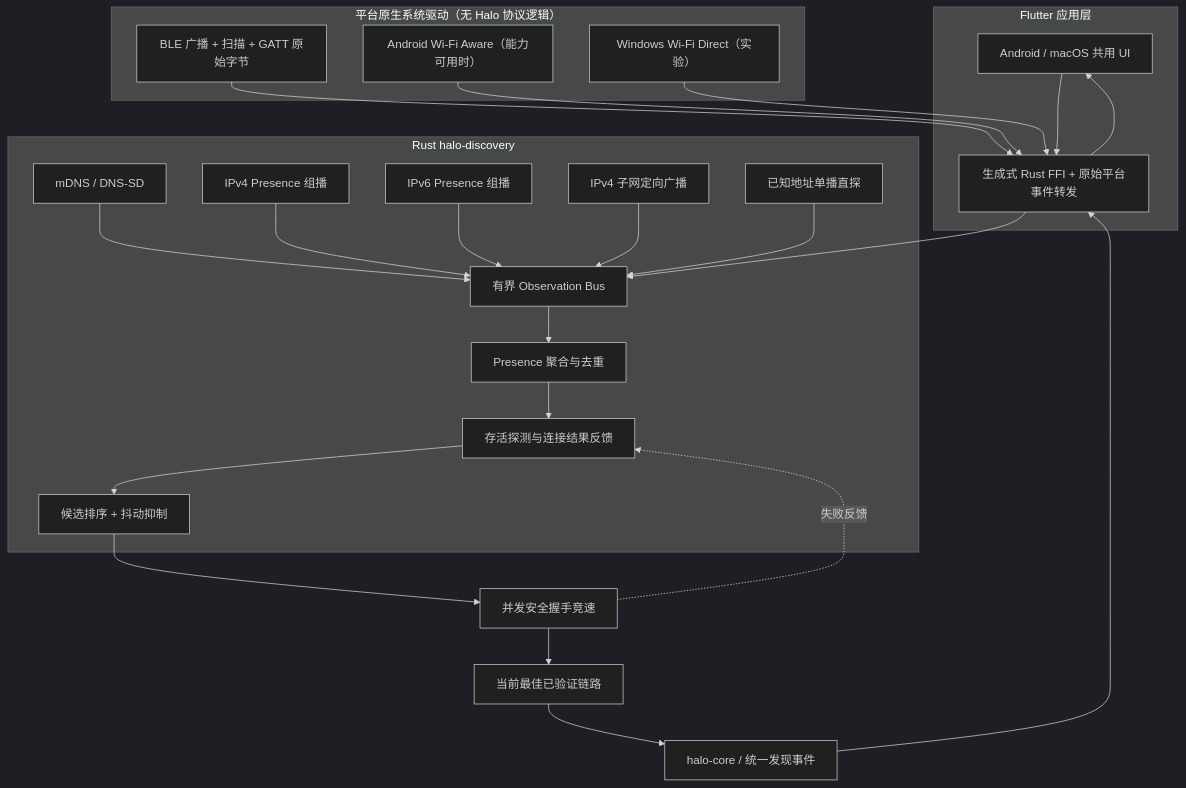
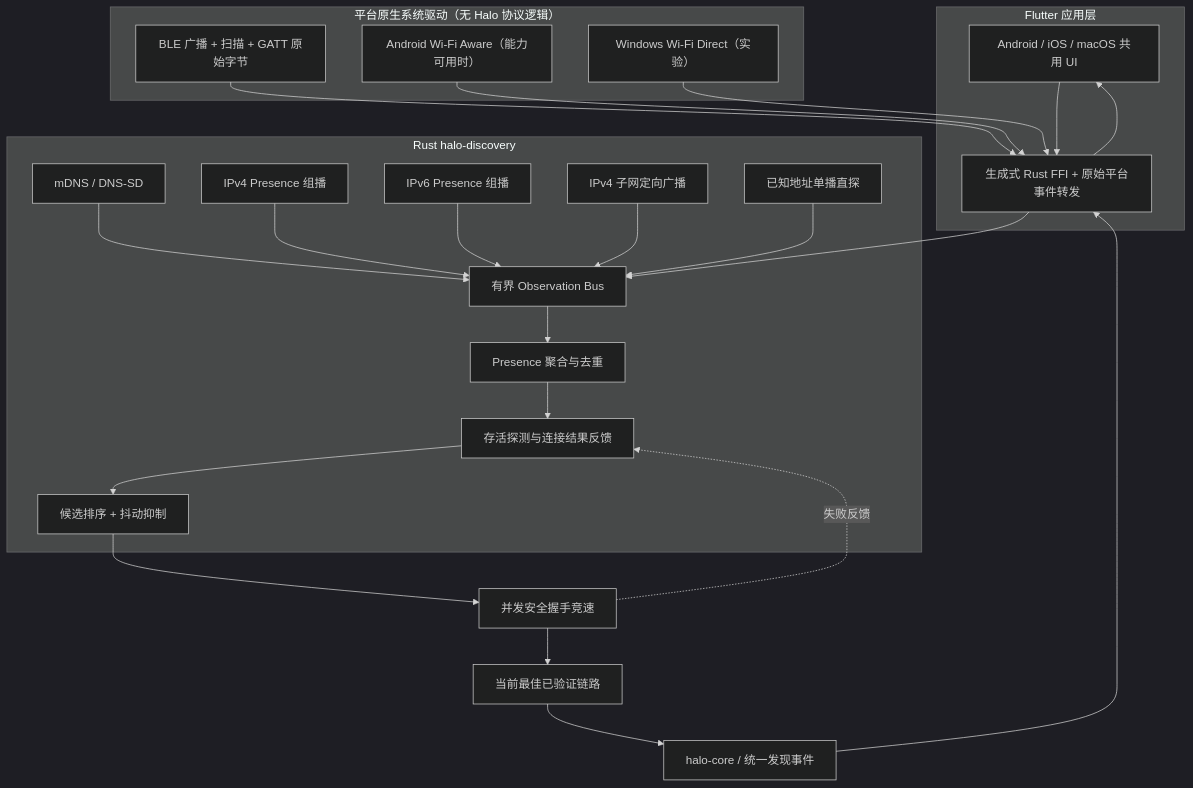
One commit to huarangmeng/Halo changed the first of 2 diagrams in docs/architecture/discovery.zh-CN.md. Above: the diagram before and after it, drawn with Mermaid (dark theme). The commit also changed other lines of this file and 67 other files, not shown here.

````diff
--- a/docs/architecture/discovery.zh-CN.md
+++ b/docs/architecture/discovery.zh-CN.md
@@ -34,40 +34,40 @@
 ```mermaid
 flowchart TB
     subgraph Flutter["Flutter 应用层"]
-        UI["Android / macOS 共用 UI"]
+        UI["Android / iOS / macOS 共用 UI"]
         BRIDGE["生成式 Rust FFI + 原始平台事件转发"]
     end
 
     subgraph Native["平台原生系统驱动（无 Halo 协议逻辑）"]
         BLE["BLE 广播 + 扫描 + GATT 原始字节"]
         AWARE["Android Wi-Fi Aware（能力可用时）"]
         WFD["Windows Wi-Fi Direct（实验）"]
     end
 
     subgraph Rust["Rust halo-discovery"]
         MDNS["mDNS / DNS-SD"]
         MCAST4["IPv4 Presence 组播"]
         MCAST6["IPv6 Presence 组播"]
         BCAST["IPv4 子网定向广播"]
         DIRECT["已知地址单播直探"]
         BUS["有界 Observation Bus"]
         MERGE["Presence 聚合与去重"]
         PROBE["存活探测与连接结果反馈"]
         RANK["候选排序 + 抖动抑制"]
     end
 
     UI --> BRIDGE
     BLE --> BRIDGE --> BUS
     AWARE --> BRIDGE
     WFD --> BRIDGE
     MDNS --> BUS
     MCAST4 --> BUS
     MCAST6 --> BUS
     BCAST --> BUS
     DIRECT --> BUS
     BUS --> MERGE --> PROBE --> RANK
     RANK --> RACE["并发安全握手竞速"]
     RACE --> BEST["当前最佳已验证链路"]
     BEST --> CORE["halo-core / 统一发现事件"] --> BRIDGE --> UI
     RACE -.失败反馈.-> PROBE
 ```
````
